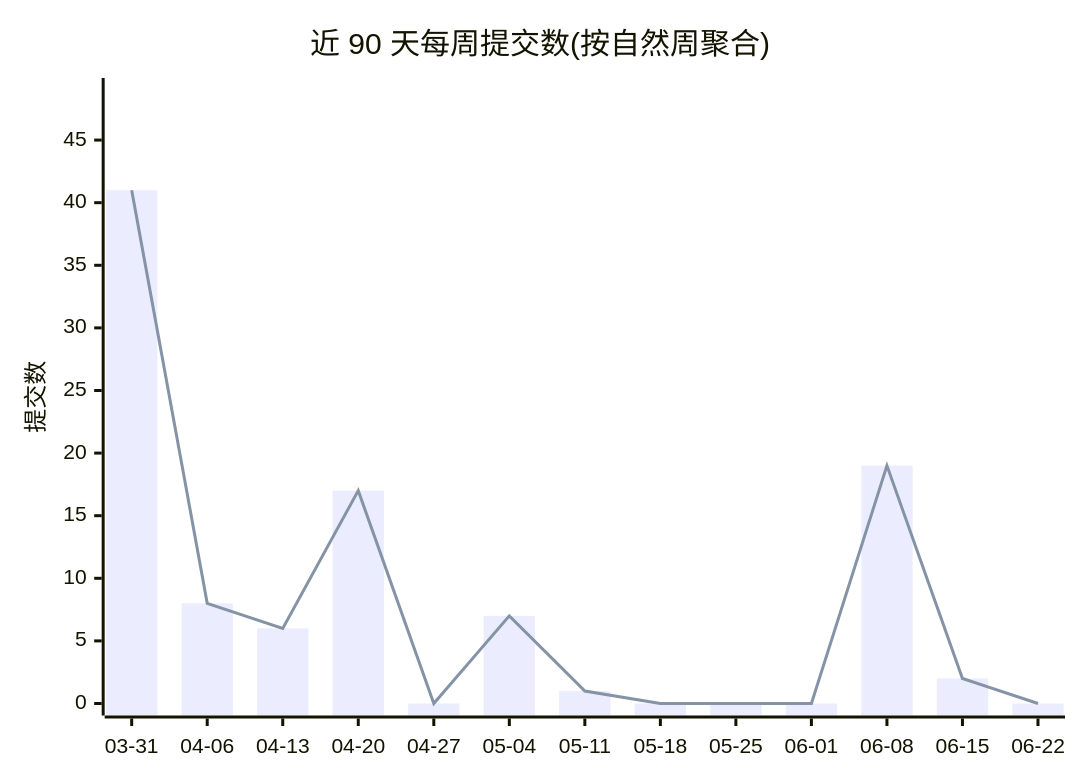
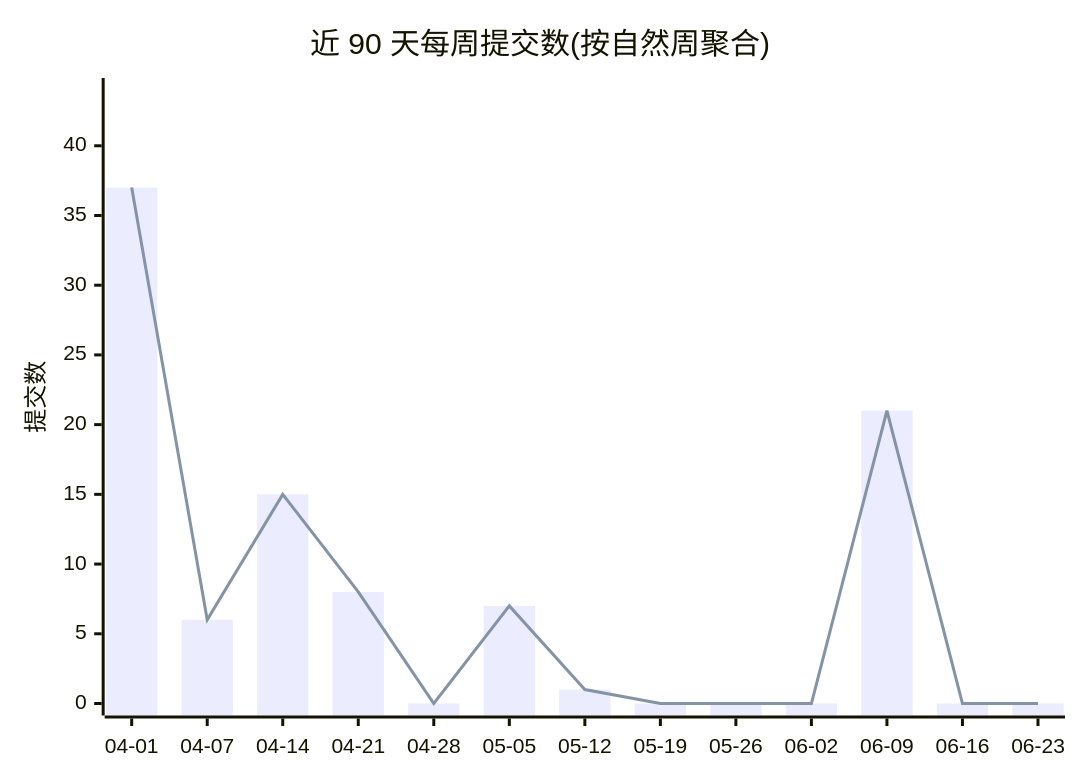
The first of 2 diagrams in profile/README.md (Conflux-Union/.github), drawn with Mermaid before and after one commit. The commit also changed other lines of this file and 1 other file, not shown here.

Commit message:
chore(stats): refresh org commit stats

````diff
--- a/profile/README.md
+++ b/profile/README.md
@@ -44,8 +44,8 @@
 ```mermaid
 xychart-beta
     title "近 90 天每周提交数(按自然周聚合)"
-    x-axis ["03-31", "04-06", "04-13", "04-20", "04-27", "05-04", "05-11", "05-18", "05-25", "06-01", "06-08", "06-15", "06-22"]
-    y-axis "提交数" 0 --> 49
-    bar [41, 8, 6, 17, 0, 7, 1, 0, 0, 0, 19, 2, 0]
-    line [41, 8, 6, 17, 0, 7, 1, 0, 0, 0, 19, 2, 0]
+    x-axis ["04-01", "04-07", "04-14", "04-21", "04-28", "05-05", "05-12", "05-19", "05-26", "06-02", "06-09", "06-16", "06-23"]
+    y-axis "提交数" 0 --> 44
+    bar [37, 6, 15, 8, 0, 7, 1, 0, 0, 0, 21, 0, 0]
+    line [37, 6, 15, 8, 0, 7, 1, 0, 0, 0, 21, 0, 0]
 ```
````
